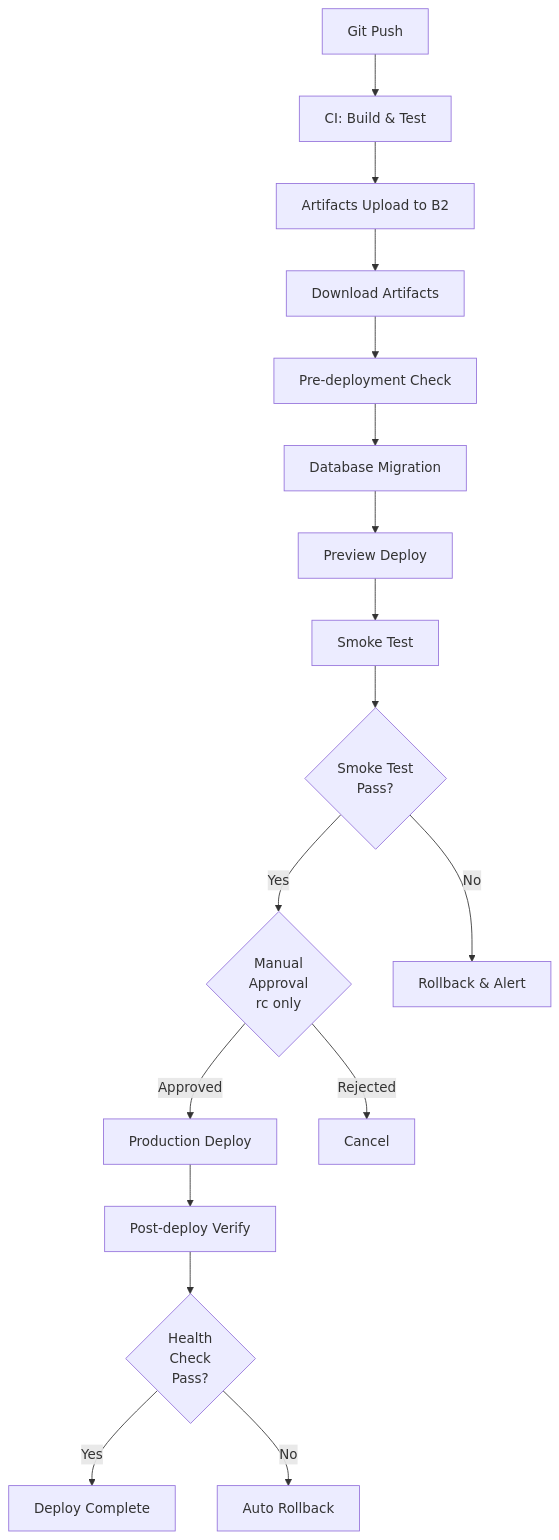
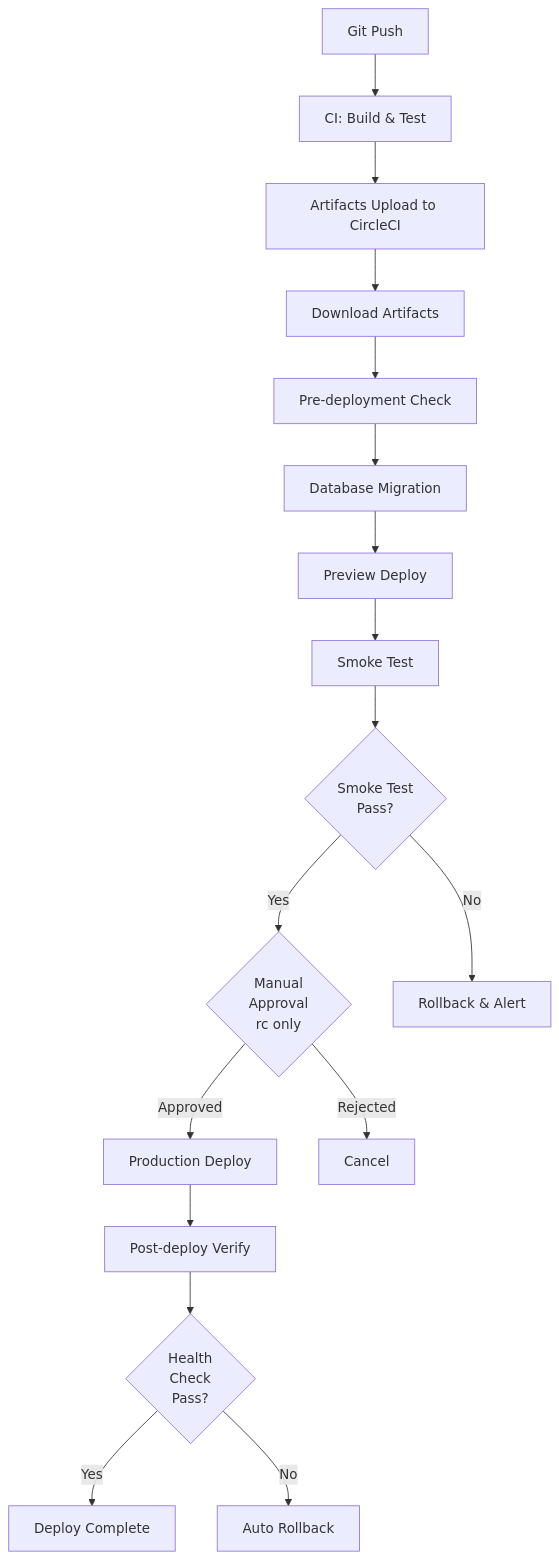
Before and after one commit to hibi-com/portfolio: the diagram in docs/deployment/deployment-flow.md, drawn with Mermaid. The commit also changed other lines of this file and 42 other files, not shown here.

````diff
--- a/docs/deployment/deployment-flow.md
+++ b/docs/deployment/deployment-flow.md
@@ -9,19 +9,19 @@
 ```mermaid
 graph TD
     A[Git Push] --> B[CI: Build & Test]
-    B --> C[Artifacts Upload to B2]
+    B --> C[Artifacts Upload to CircleCI]
     C --> D[Download Artifacts]
     D --> E[Pre-deployment Check]
     E --> F[Database Migration]
     F --> G[Preview Deploy]
     G --> H[Smoke Test]
     H --> I{Smoke Test<br/>Pass?}
     I -->|Yes| J{Manual<br/>Approval<br/>rc only}
     I -->|No| K[Rollback & Alert]
     J -->|Approved| L[Production Deploy]
     J -->|Rejected| M[Cancel]
     L --> N[Post-deploy Verify]
     N --> O{Health<br/>Check<br/>Pass?}
     O -->|Yes| P[Deploy Complete]
     O -->|No| Q[Auto Rollback]
 ```
````
